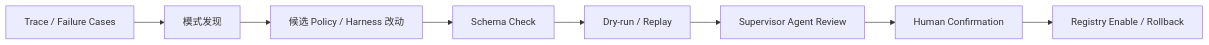
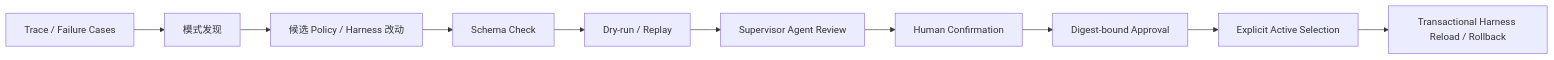
Before and after one commit to WeiSuanDi/EvoPi: the second of 2 diagrams in docs/design/GLOBAL_ARCHITECTURE.md, drawn with Mermaid. The commit also changed other lines of this file and 18 other files, not shown here.

Commit message:
Integrate active Policies into Harness runtime

````diff
--- a/docs/design/GLOBAL_ARCHITECTURE.md
+++ b/docs/design/GLOBAL_ARCHITECTURE.md
@@ -230,10 +230,12 @@
 ```mermaid
 flowchart LR
     Trace["Trace / Failure Cases"] --> Pattern["模式发现"]
     Pattern --> Candidate["候选 Policy / Harness 改动"]
     Candidate --> Schema["Schema Check"]
     Schema --> DryRun["Dry-run / Replay"]
     DryRun --> Supervisor["Supervisor Agent Review"]
     Supervisor --> Human["Human Confirmation"]
-    Human --> Registry["Registry Enable / Rollback"]
+    Human --> Approval["Digest-bound Approval"]
+    Approval --> Active["Explicit Active Selection"]
+    Active --> Registry["Transactional Harness Reload / Rollback"]
 ```
````
